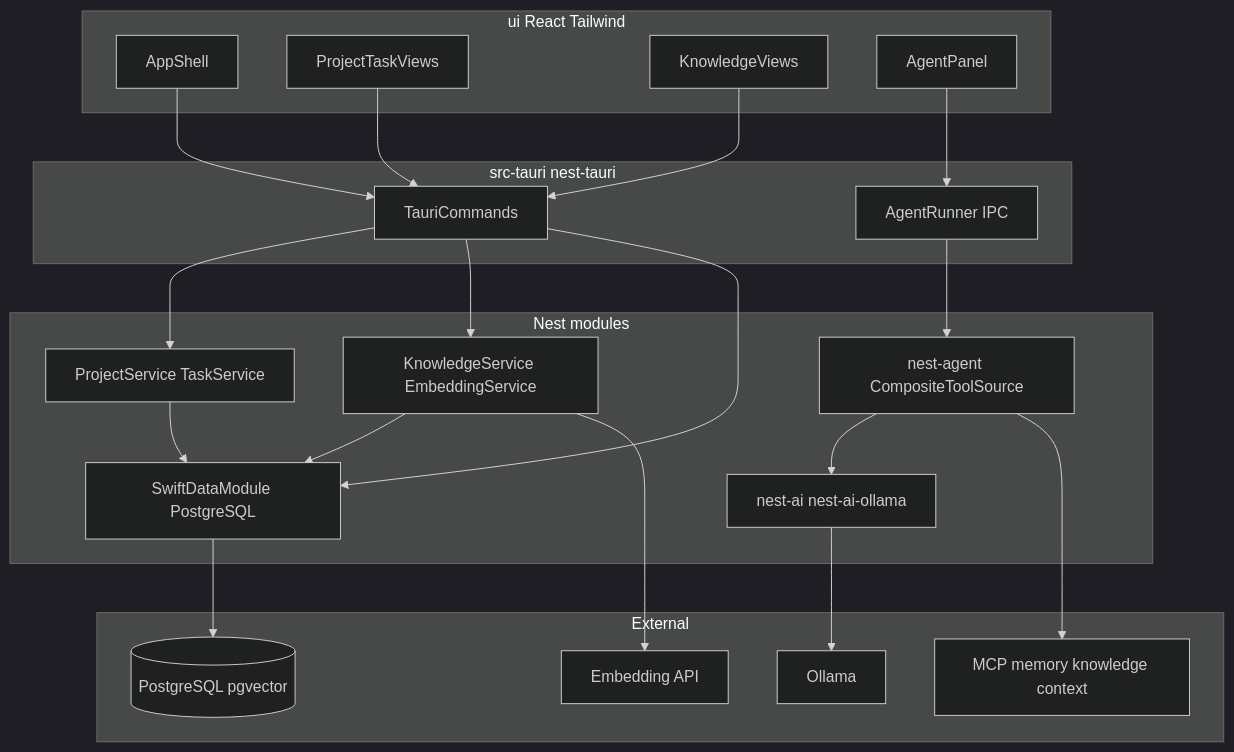
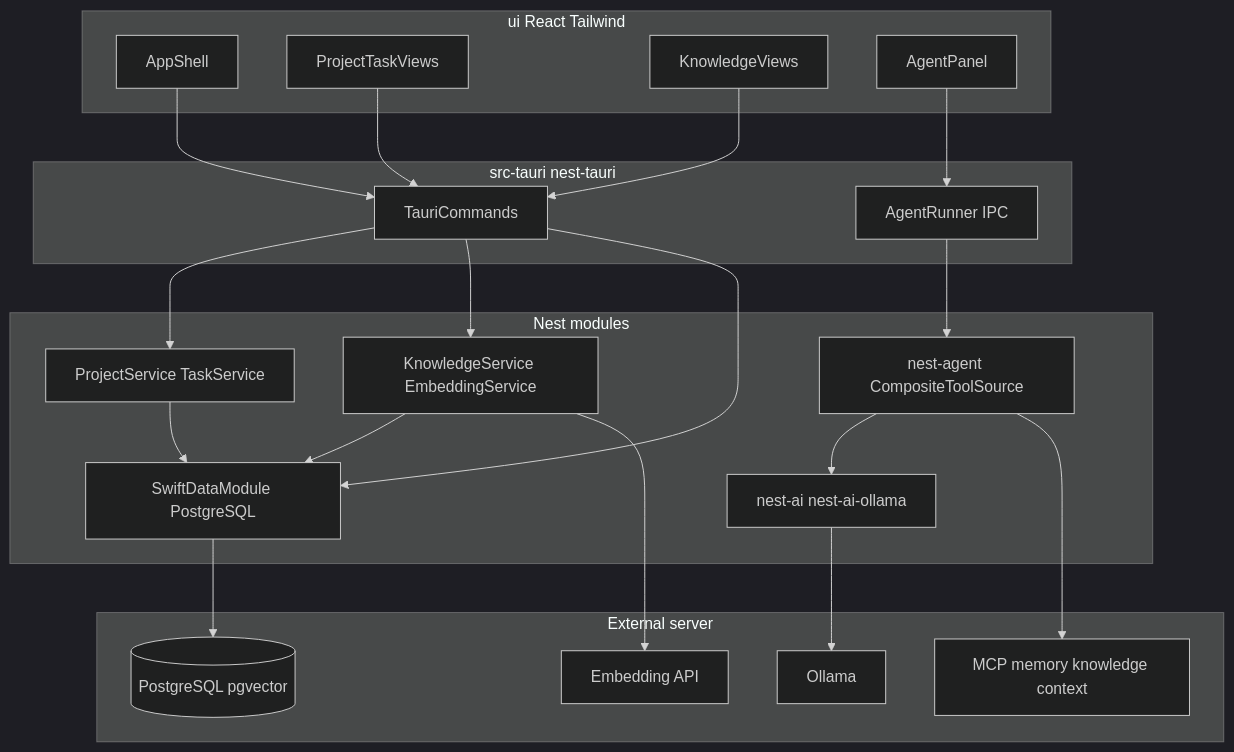
One commit to pacificnm/nest changed the diagram in apps/swift/docs/plan/swift-v1.md. Above: the diagram before and after it, drawn with Mermaid (dark theme). The commit also changed other lines of this file and 21 other files, not shown here.

````diff
--- a/apps/swift/docs/plan/swift-v1.md
+++ b/apps/swift/docs/plan/swift-v1.md
@@ -25,45 +25,45 @@
 ```mermaid
 flowchart TB
     subgraph ui [ui React Tailwind]
         Shell[AppShell]
         PM[ProjectTaskViews]
         KB[KnowledgeViews]
         Agent[AgentPanel]
     end
 
     subgraph tauri [src-tauri nest-tauri]
         Cmd[TauriCommands]
         AgentRun[AgentRunner IPC]
     end
 
     subgraph rust [Nest modules]
         Data[SwiftDataModule PostgreSQL]
         PMsvc[ProjectService TaskService]
         KBsvc[KnowledgeService EmbeddingService]
         AI[nest-ai nest-ai-ollama]
         AgentMod[nest-agent CompositeToolSource]
     end
 
-    subgraph external [External]
+    subgraph external [External server]
         PG[(PostgreSQL pgvector)]
         Ollama[Ollama]
         MCP[MCP memory knowledge context]
         Embed[Embedding API]
     end
 
     Shell --> Cmd
     PM --> Cmd
     KB --> Cmd
     Agent --> AgentRun
     Cmd --> PMsvc
     Cmd --> KBsvc
     Cmd --> Data
     AgentRun --> AgentMod
     AgentMod --> AI
     AgentMod --> MCP
     AI --> Ollama
     PMsvc --> Data
     KBsvc --> Data
     Data --> PG
     KBsvc --> Embed
 ```
````
